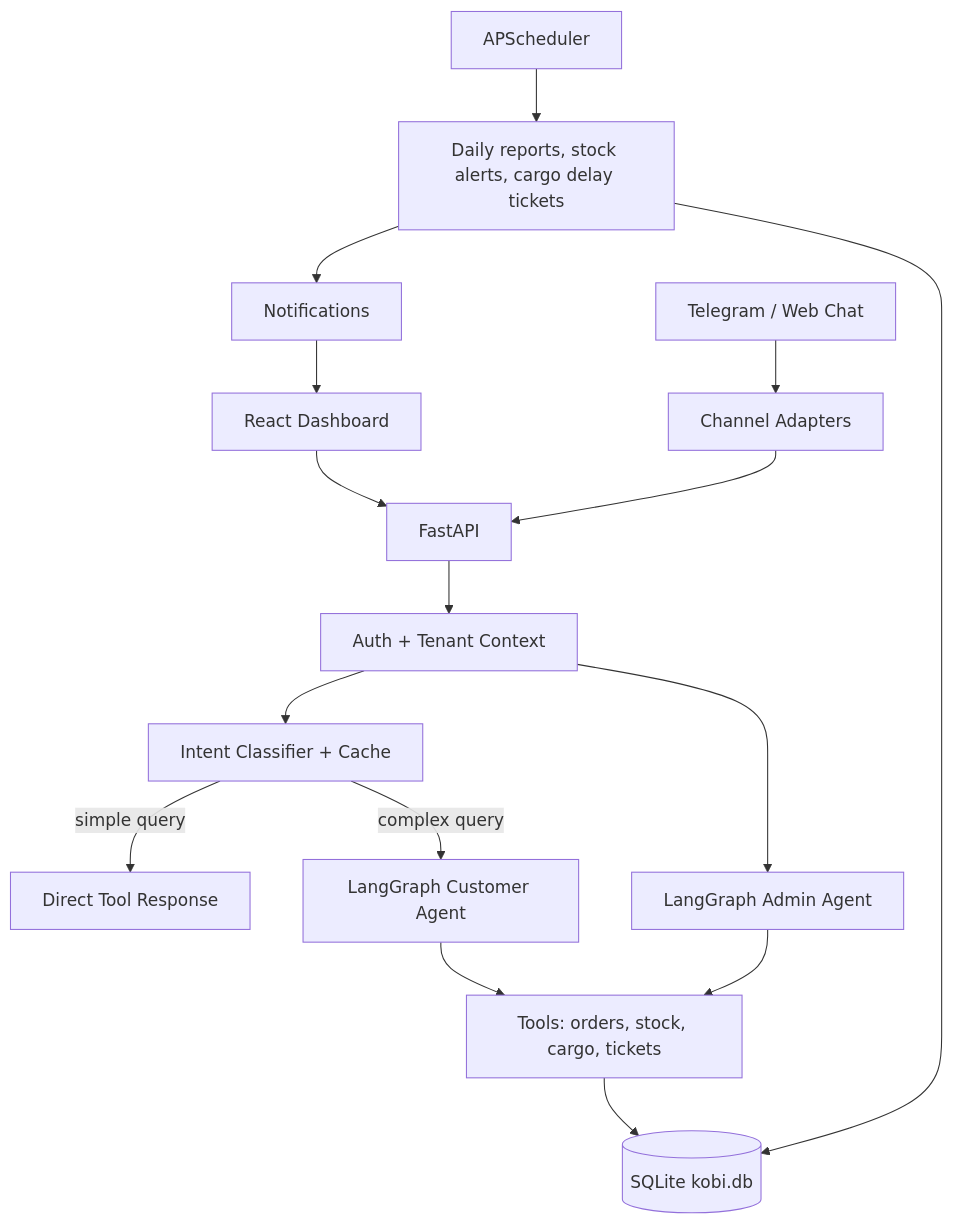
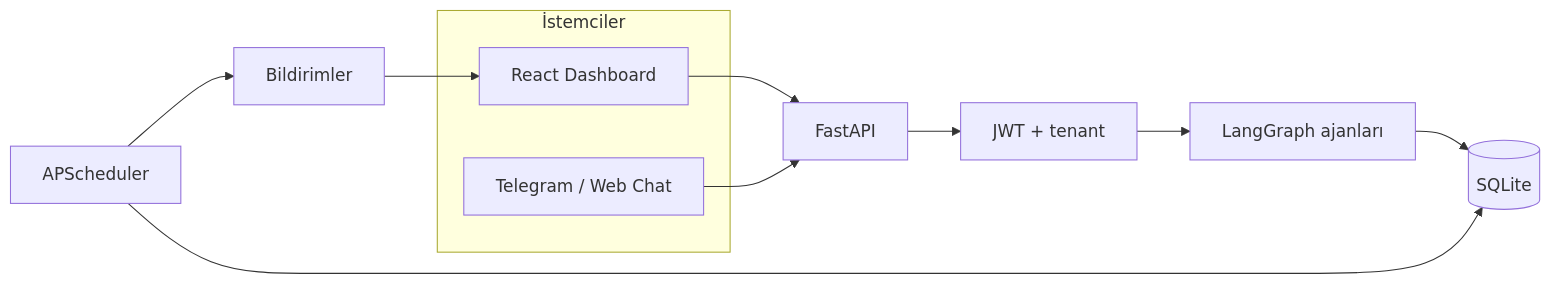
One commit to isobed18/KOBI-Asistan changed the diagram in README.md. Above: the diagram before and after it, drawn with Mermaid. The commit also changed other lines of this file and 31 other files, not shown here.

````diff
--- a/README.md
+++ b/README.md
@@ -30,18 +121,15 @@
 ```mermaid
-flowchart TD
-    A[React Dashboard] --> B[FastAPI]
-    C[Telegram / Web Chat] --> D[Channel Adapters]
-    D --> B
-    B --> E[Auth + Tenant Context]
-    E --> F[Intent Classifier + Cache]
-    F -->|simple query| G[Direct Tool Response]
-    F -->|complex query| H[LangGraph Customer Agent]
-    E --> I[LangGraph Admin Agent]
-    H --> J[Tools: orders, stock, cargo, tickets]
-    I --> J
-    J --> K[(SQLite kobi.db)]
-    L[APScheduler] --> M[Daily reports, stock alerts, cargo delay tickets]
-    M --> K
-    M --> N[Notifications]
-    N --> A
+flowchart LR
+  subgraph clients [İstemciler]
+    R[React Dashboard]
+    T[Telegram / Web Chat]
+  end
+  R --> API[FastAPI]
+  T --> API
+  API --> Auth[JWT + tenant]
+  Auth --> Ag[LangGraph ajanları]
+  Ag --> DB[(SQLite)]
+  Sch[APScheduler] --> DB
+  Sch --> Notif[Bildirimler]
+  Notif --> R
 ```
````
